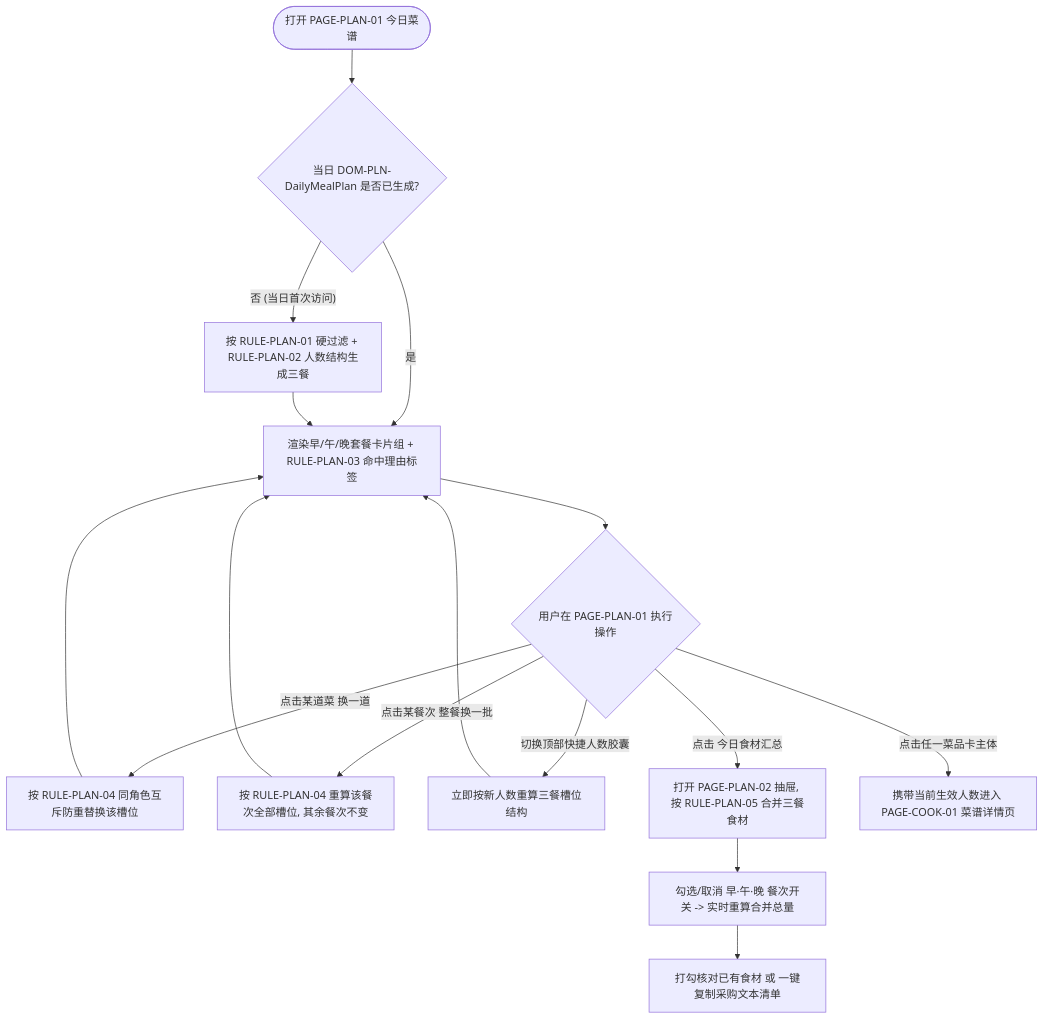
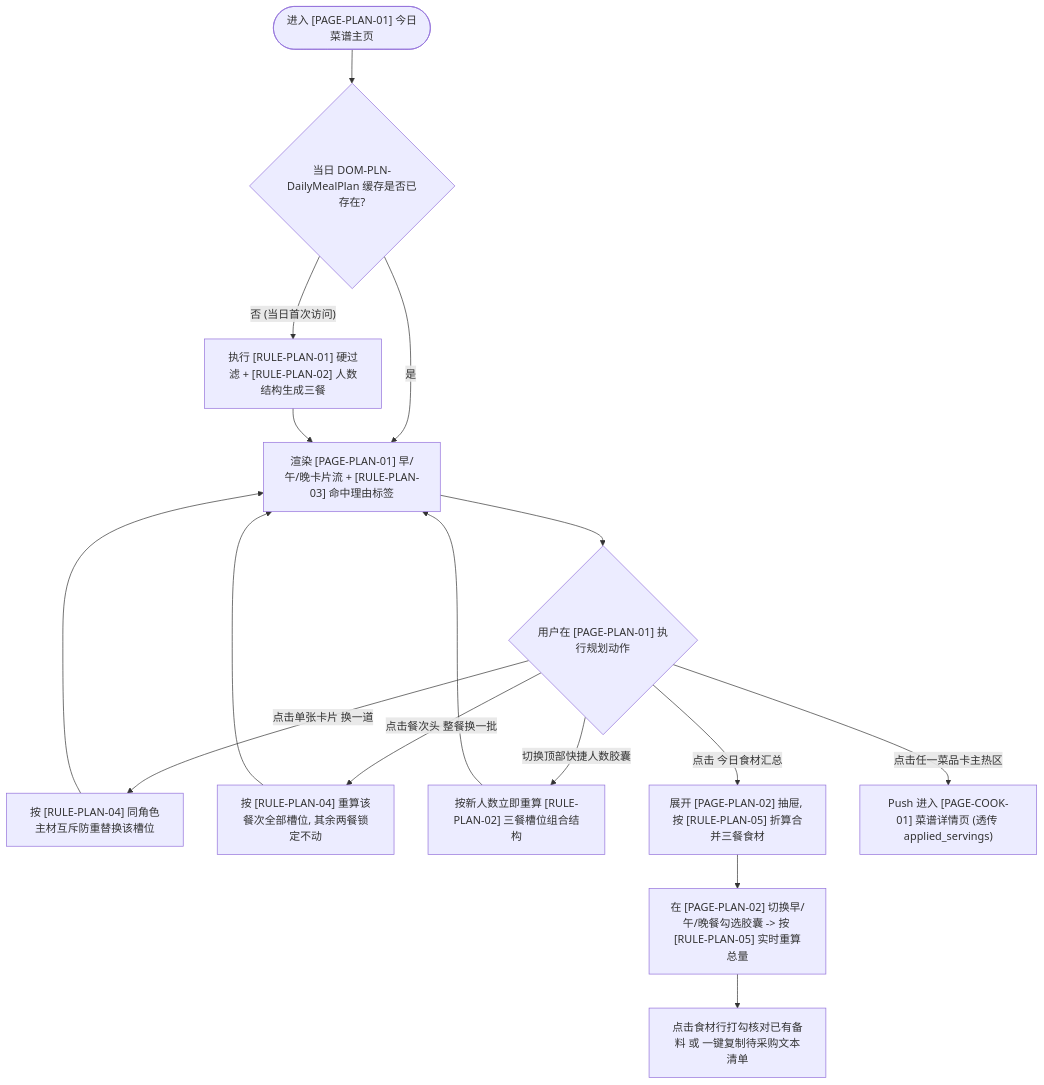
One commit to icecream154/Cookbook changed the first of 2 diagrams in Product/spec/04-ia-and-flows/flows/meal-planning.md. Above: the diagram before and after it, drawn with Mermaid. The commit also changed other lines of this file and 28 other files, not shown here.

Commit message:
feat: update ia and flows doc

````diff
--- a/Product/spec/04-ia-and-flows/flows/meal-planning.md
+++ b/Product/spec/04-ia-and-flows/flows/meal-planning.md
@@ -8,19 +11,19 @@
 ```mermaid
 flowchart TD
-    ENTER(["打开 PAGE-PLAN-01 今日菜谱"]) --> HAS_PLAN{"当日 DOM-PLN-DailyMealPlan 是否已生成?"}
-    HAS_PLAN -- "否 (当日首次访问)" --> GEN["按 RULE-PLAN-01 硬过滤 + RULE-PLAN-02 人数结构生成三餐"]
-    HAS_PLAN -- "是" --> RENDER["渲染早/午/晚套餐卡片组 + RULE-PLAN-03 命中理由标签"]
+    ENTER(["进入 [PAGE-PLAN-01] 今日菜谱主页"]) --> HAS_PLAN{"当日 DOM-PLN-DailyMealPlan 缓存是否已存在?"}
+    HAS_PLAN -- "否 (当日首次访问)" --> GEN["执行 [RULE-PLAN-01] 硬过滤 + [RULE-PLAN-02] 人数结构生成三餐"]
+    HAS_PLAN -- "是" --> RENDER["渲染 [PAGE-PLAN-01] 早/午/晚卡片流 + [RULE-PLAN-03] 命中理由标签"]
     GEN --> RENDER
 
-    RENDER --> ACT{"用户在 PAGE-PLAN-01 执行操作"}
-    ACT -- "点击某道菜 换一道" --> SWAP_1["按 RULE-PLAN-04 同角色互斥防重替换该槽位"]
-    ACT -- "点击某餐次 整餐换一批" --> SWAP_M["按 RULE-PLAN-04 重算该餐次全部槽位, 其余餐次不变"]
-    ACT -- "切换顶部快捷人数胶囊" --> QUICK_SV["立即按新人数重算三餐槽位结构"]
-    ACT -- "点击 今日食材汇总" --> OPEN_SUM["打开 PAGE-PLAN-02 抽屉, 按 RULE-PLAN-05 合并三餐食材"]
+    RENDER --> ACT{"用户在 [PAGE-PLAN-01] 执行规划动作"}
+    ACT -- "点击单张卡片 换一道" --> SWAP_1["按 [RULE-PLAN-04] 同角色主材互斥防重替换该槽位"]
+    ACT -- "点击餐次头 整餐换一批" --> SWAP_M["按 [RULE-PLAN-04] 重算该餐次全部槽位, 其余两餐锁定不动"]
+    ACT -- "切换顶部快捷人数胶囊" --> QUICK_SV["按新人数立即重算 [RULE-PLAN-02] 三餐槽位组合结构"]
+    ACT -- "点击 今日食材汇总" --> OPEN_SUM["展开 [PAGE-PLAN-02] 抽屉, 按 [RULE-PLAN-05] 折算合并三餐食材"]
 
-    OPEN_SUM --> TOGGLE_MEAL["勾选/取消 早·午·晚 餐次开关 -> 实时重算合并总量"]
-    TOGGLE_MEAL --> CHECK_OFF["打勾核对已有食材 或 一键复制采购文本清单"]
+    OPEN_SUM --> TOGGLE_MEAL["在 [PAGE-PLAN-02] 切换早/午/晚餐勾选胶囊 -> 按 [RULE-PLAN-05] 实时重算总量"]
+    TOGGLE_MEAL --> CHECK_OFF["点击食材行打勾核对已有备料 或 一键复制待采购文本清单"]
 
     SWAP_1 & SWAP_M & QUICK_SV --> RENDER
-    ACT -- "点击任一菜品卡主体" --> GO_COOK["携带当前生效人数进入 PAGE-COOK-01 菜谱详情页"]
+    ACT -- "点击任一菜品卡主热区" --> GO_COOK["Push 进入 [PAGE-COOK-01] 菜谱详情页 (透传 applied_servings)"]
 ```
````
